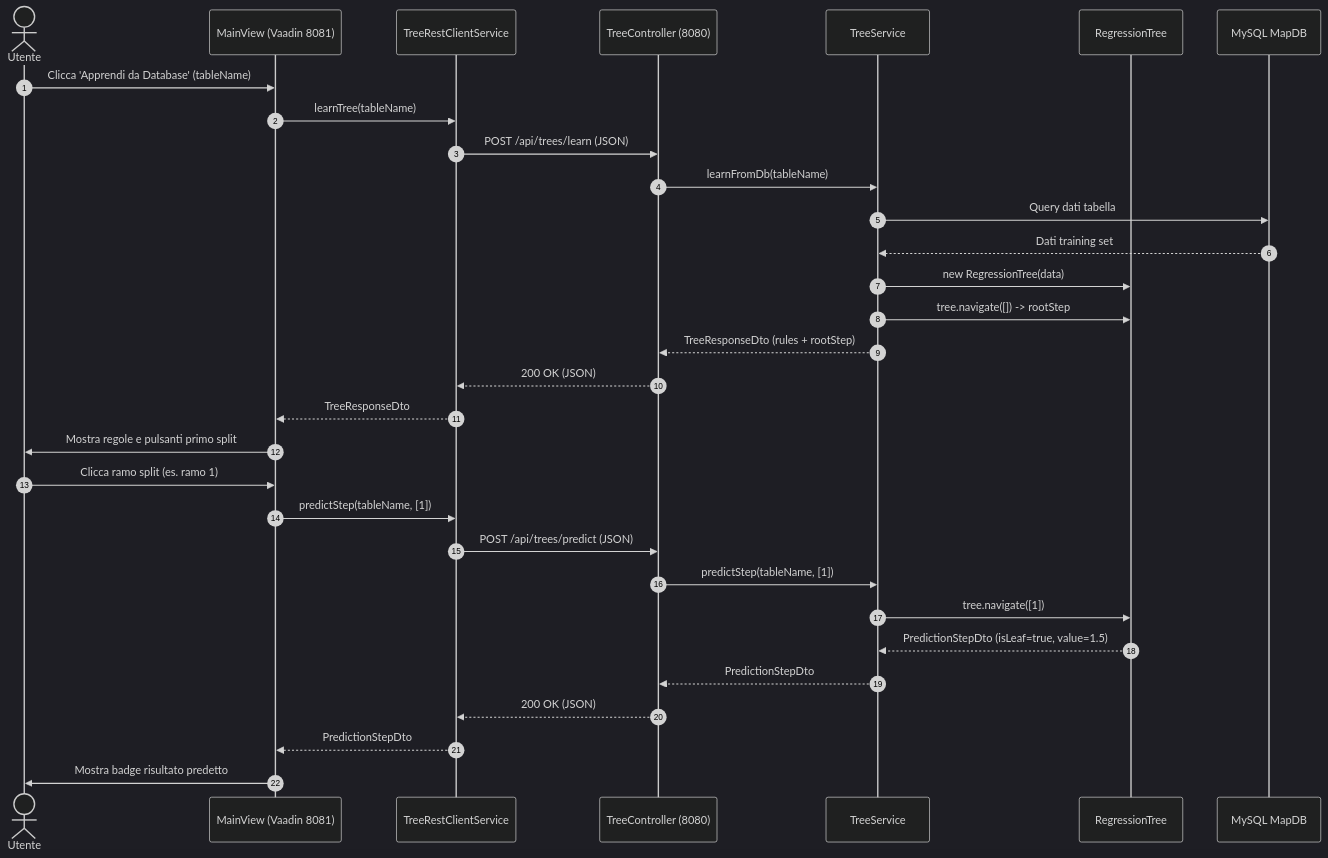
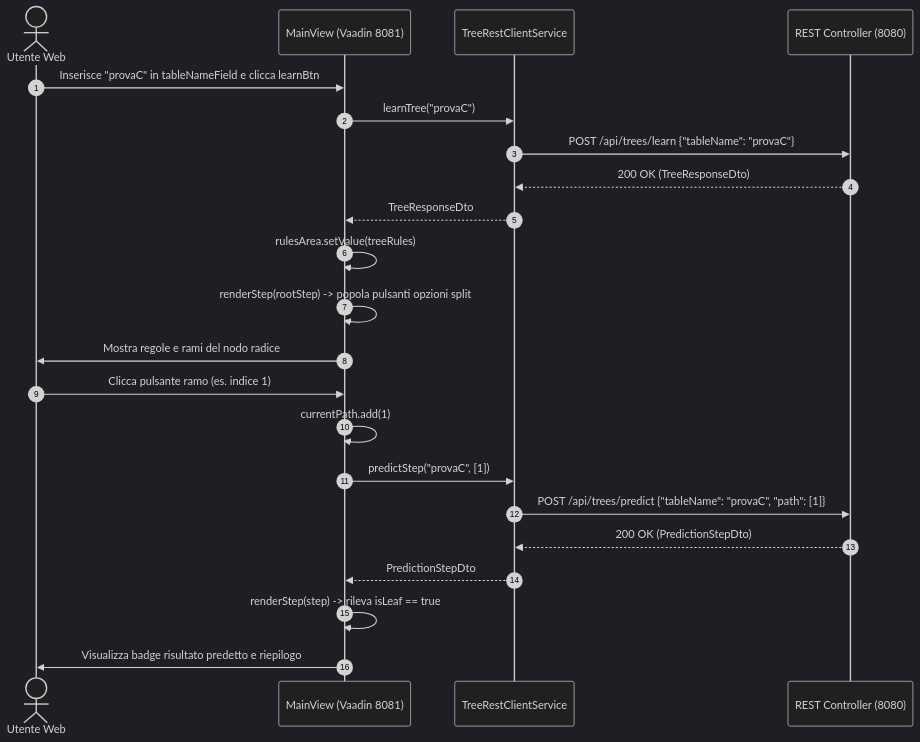
Before and after one commit to MarcoDiana/Albero_di_regressione: the ninth of 11 diagrams in docs/architettura-uml-oop.md, drawn with Mermaid (dark theme). The commit also changed other lines of this file and 222 other files, not shown here.

Commit message:
docs: allineamento completo documentazione, diagrammi UML, PDF e javadoc aggregato

````diff
--- a/docs/architettura-uml-oop.md
+++ b/docs/architettura-uml-oop.md
@@ -549,35 +513,26 @@
 ```mermaid
 sequenceDiagram
     autonumber
-    actor Utente
+    actor Utente as Utente Web
     participant UI as MainView (Vaadin 8081)
     participant RESTClient as TreeRestClientService
-    participant Controller as TreeController (8080)
-    participant Service as TreeService
-    participant Tree as RegressionTree
-    participant DB as MySQL MapDB
+    participant Backend as REST Controller (8080)
 
-    Utente->>UI: Clicca 'Apprendi da Database' (tableName)
-    UI->>RESTClient: learnTree(tableName)
-    RESTClient->>Controller: POST /api/trees/learn (JSON)
-    Controller->>Service: learnFromDb(tableName)
-    Service->>DB: Query dati tabella
-    DB-->>Service: Dati training set
-    Service->>Tree: new RegressionTree(data)
-    Service->>Tree: tree.navigate([]) -> rootStep
-    Service-->>Controller: TreeResponseDto (rules + rootStep)
-    Controller-->>RESTClient: 200 OK (JSON)
+    Utente->>UI: Inserisce "provaC" in tableNameField e clicca learnBtn
+    UI->>RESTClient: learnTree("provaC")
+    RESTClient->>Backend: POST /api/trees/learn {"tableName": "provaC"}
+    Backend-->>RESTClient: 200 OK (TreeResponseDto)
     RESTClient-->>UI: TreeResponseDto
-    UI->>Utente: Mostra regole e pulsanti primo split
+    UI->>UI: rulesArea.setValue(treeRules)
+    UI->>UI: renderStep(rootStep) -> popola pulsanti opzioni split
+    UI->>Utente: Mostra regole e rami del nodo radice
 
-    Utente->>UI: Clicca ramo split (es. ramo 1)
-    UI->>RESTClient: predictStep(tableName, [1])
-    RESTClient->>Controller: POST /api/trees/predict (JSON)
-    Controller->>Service: predictStep(tableName, [1])
-    Service->>Tree: tree.navigate([1])
-    Tree-->>Service: PredictionStepDto (isLeaf=true, value=1.5)
-    Service-->>Controller: PredictionStepDto
-    Controller-->>RESTClient: 200 OK (JSON)
+    Utente->>UI: Clicca pulsante ramo (es. indice 1)
+    UI->>UI: currentPath.add(1)
+    UI->>RESTClient: predictStep("provaC", [1])
+    RESTClient->>Backend: POST /api/trees/predict {"tableName": "provaC", "path": [1]}
+    Backend-->>RESTClient: 200 OK (PredictionStepDto)
     RESTClient-->>UI: PredictionStepDto
-    UI->>Utente: Mostra badge risultato predetto
+    UI->>UI: renderStep(step) -> rileva isLeaf == true
+    UI->>Utente: Visualizza badge risultato predetto e riepilogo
 ```
````
